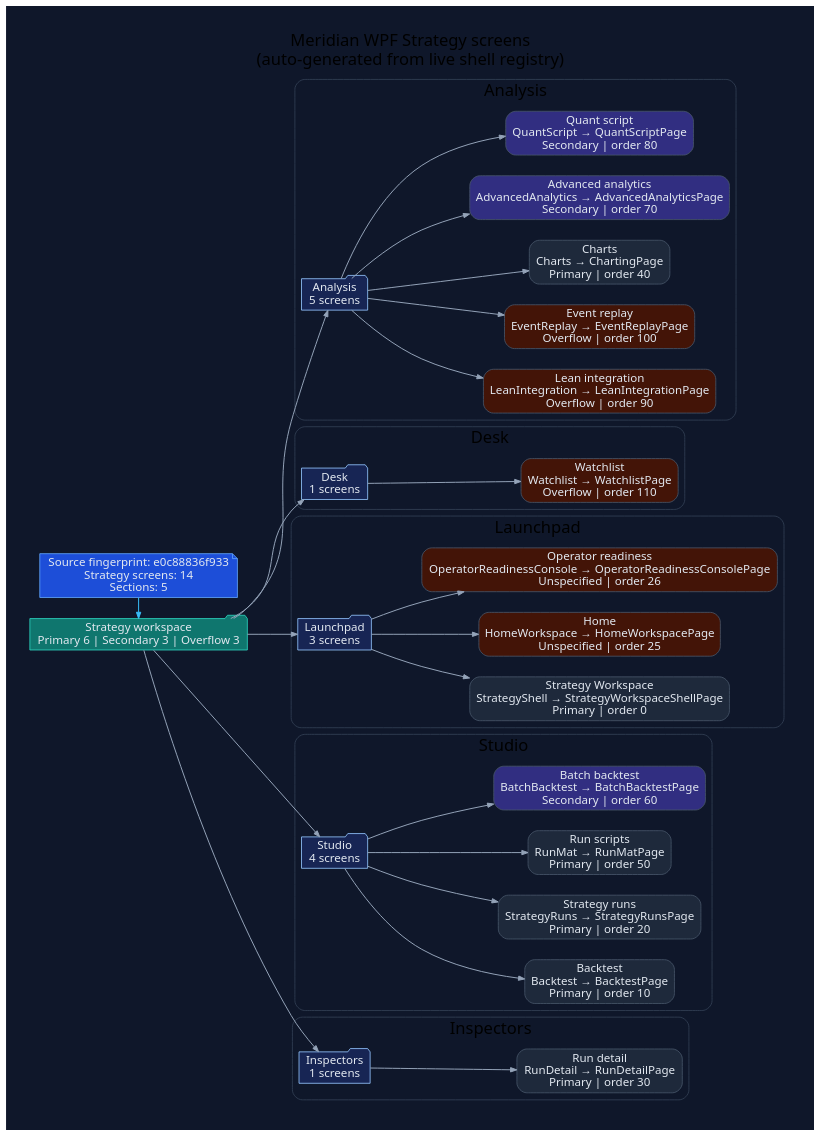
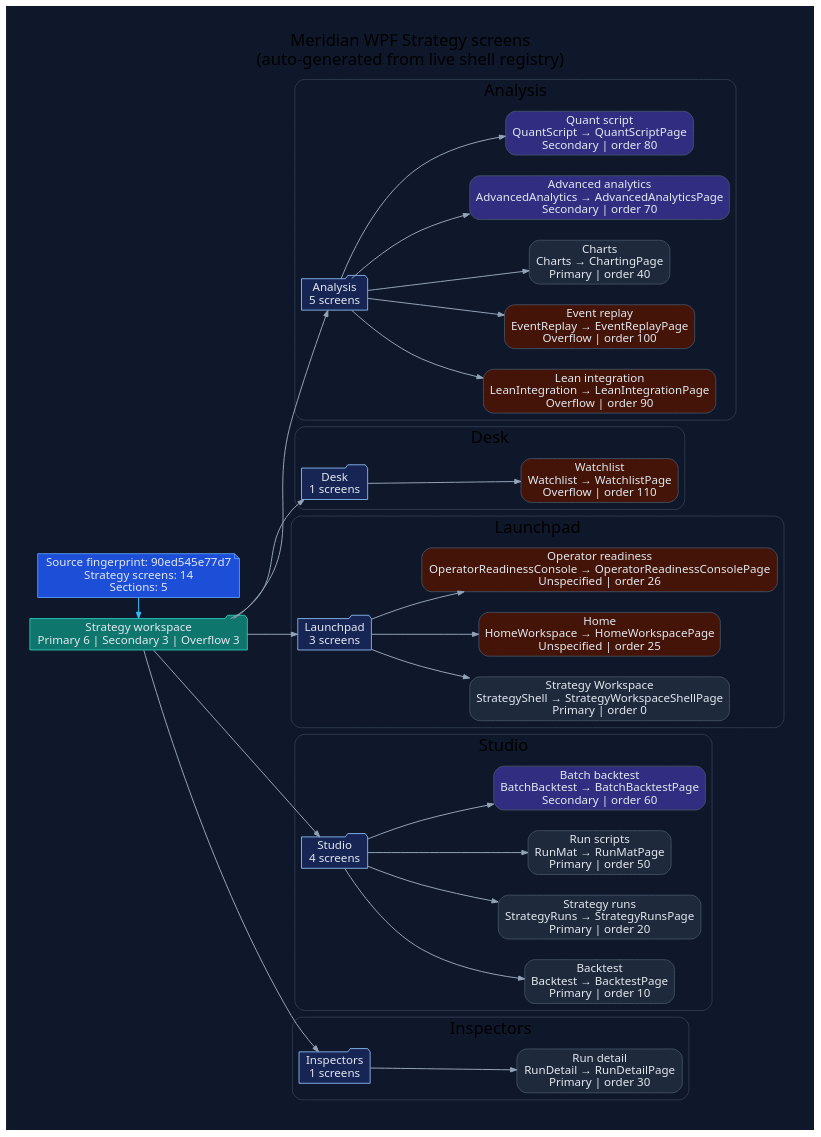
One commit to rodoHasArrived/Meridian-main changed the diagram in docs/diagrams/ui-wpf-screens-strategy.dot. Above: the diagram before and after it, drawn with Graphviz. The commit also changed 73 other files, not shown here.

```diff
--- a/docs/diagrams/ui-wpf-screens-strategy.dot
+++ b/docs/diagrams/ui-wpf-screens-strategy.dot
@@ -1,94 +1,94 @@
 // -----------------------------------------------------------------------------
 // <auto-generated>
 // Generated by scripts/generate-diagrams.mjs.
 // Do not edit this file directly; update the WPF source files instead.
 // -----------------------------------------------------------------------------
 digraph WpfStrategyScreens {
   graph [
     rankdir=LR,
     labelloc=t,
     label="Meridian WPF Strategy screens\n(auto-generated from live shell registry)",
     fontname="Segoe UI",
     fontsize=20,
     pad=0.4,
     nodesep=0.35,
     ranksep=0.85,
     bgcolor="#0f172a"
   ];
   node [fontname="Segoe UI", shape=box, style="rounded,filled", color="#475569", fontcolor="#e2e8f0", fillcolor="#1e293b"];
   edge [fontname="Segoe UI", color="#94a3b8", penwidth=1.2, arrowsize=0.75];
 
-  generated [shape=note, fillcolor="#1d4ed8", color="#60a5fa", label="Source fingerprint: e0c88836f933\nStrategy screens: 14\nSections: 5"];
+  generated [shape=note, fillcolor="#1d4ed8", color="#60a5fa", label="Source fingerprint: 90ed545e77d7\nStrategy screens: 14\nSections: 5"];
   workspace [shape=folder, fillcolor="#0f766e", color="#2dd4bf", label="Strategy workspace\nPrimary 6 | Secondary 3 | Overflow 3"];
   generated -> workspace [color="#38bdf8"];
 
   subgraph cluster_section_1 {
     label="Analysis";
     color="#334155";
     style="rounded";
     section_1 [shape=folder, fillcolor="#172554", color="#93c5fd", label="Analysis\n5 screens"];
     workspace -> section_1;
     screen_LeanIntegration [fillcolor="#431407", label="Lean integration\nLeanIntegration → LeanIntegrationPage\nOverflow | order 90"];
     section_1 -> screen_LeanIntegration;
     screen_EventReplay [fillcolor="#431407", label="Event replay\nEventReplay → EventReplayPage\nOverflow | order 100"];
     section_1 -> screen_EventReplay;
     screen_Charts [fillcolor="#1e293b", label="Charts\nCharts → ChartingPage\nPrimary | order 40"];
     section_1 -> screen_Charts;
     screen_AdvancedAnalytics [fillcolor="#312e81", label="Advanced analytics\nAdvancedAnalytics → AdvancedAnalyticsPage\nSecondary | order 70"];
     section_1 -> screen_AdvancedAnalytics;
     screen_QuantScript [fillcolor="#312e81", label="Quant script\nQuantScript → QuantScriptPage\nSecondary | order 80"];
     section_1 -> screen_QuantScript;
   }
 
   subgraph cluster_section_2 {
     label="Desk";
     color="#334155";
     style="rounded";
     section_2 [shape=folder, fillcolor="#172554", color="#93c5fd", label="Desk\n1 screens"];
     workspace -> section_2;
     screen_Watchlist [fillcolor="#431407", label="Watchlist\nWatchlist → WatchlistPage\nOverflow | order 110"];
     section_2 -> screen_Watchlist;
   }
 
   subgraph cluster_section_3 {
     label="Launchpad";
     color="#334155";
     style="rounded";
     section_3 [shape=folder, fillcolor="#172554", color="#93c5fd", label="Launchpad\n3 screens"];
     workspace -> section_3;
     screen_StrategyShell [fillcolor="#1e293b", label="Strategy Workspace\nStrategyShell → StrategyWorkspaceShellPage\nPrimary | order 0"];
     section_3 -> screen_StrategyShell;
     screen_HomeWorkspace [fillcolor="#431407", label="Home\nHomeWorkspace → HomeWorkspacePage\nUnspecified | order 25"];
     section_3 -> screen_HomeWorkspace;
     screen_OperatorReadinessConsole [fillcolor="#431407", label="Operator readiness\nOperatorReadinessConsole → OperatorReadinessConsolePage\nUnspecified | order 26"];
     section_3 -> screen_OperatorReadinessConsole;
   }
 
   subgraph cluster_section_4 {
     label="Studio";
     color="#334155";
     style="rounded";
     section_4 [shape=folder, fillcolor="#172554", color="#93c5fd", label="Studio\n4 screens"];
     workspace -> section_4;
     screen_Backtest [fillcolor="#1e293b", label="Backtest\nBacktest → BacktestPage\nPrimary | order 10"];
     section_4 -> screen_Backtest;
     screen_StrategyRuns [fillcolor="#1e293b", label="Strategy runs\nStrategyRuns → StrategyRunsPage\nPrimary | order 20"];
     section_4 -> screen_StrategyRuns;
     screen_RunMat [fillcolor="#1e293b", label="Run scripts\nRunMat → RunMatPage\nPrimary | order 50"];
     section_4 -> screen_RunMat;
     screen_BatchBacktest [fillcolor="#312e81", label="Batch backtest\nBatchBacktest → BatchBacktestPage\nSecondary | order 60"];
     section_4 -> screen_BatchBacktest;
   }
 
   subgraph cluster_section_5 {
     label="Inspectors";
     color="#334155";
     style="rounded";
     section_5 [shape=folder, fillcolor="#172554", color="#93c5fd", label="Inspectors\n1 screens"];
     workspace -> section_5;
     screen_RunDetail [fillcolor="#1e293b", label="Run detail\nRunDetail → RunDetailPage\nPrimary | order 30"];
     section_5 -> screen_RunDetail;
   }
 
   { rank=min; generated; workspace; }
 }
```
